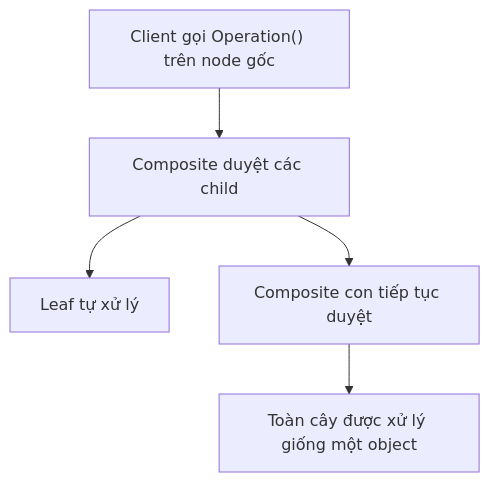
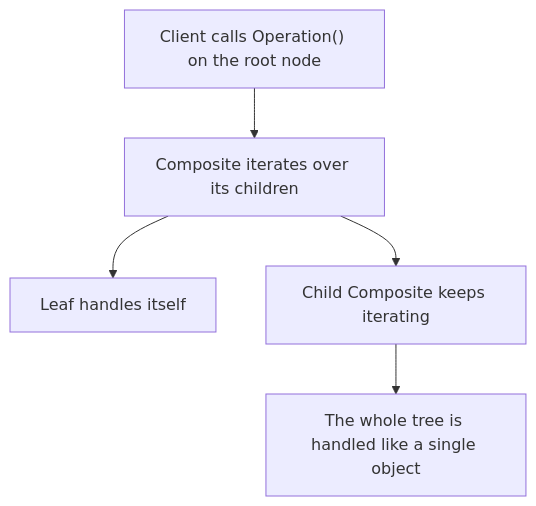
One commit to bugkodc/Road_Map_GameDev changed the second of 3 diagrams in Doc/en/02-Design-Patterns/02-Catalog/02-Structural/03-composite.md. Above: the diagram before and after it, drawn with Mermaid. The commit also changed other lines of this file and 38 other files, not shown here.

First line of the commit message:
Translate residual Vietnamese in English docs (diagrams, code, strings)

````diff
--- a/Doc/en/02-Design-Patterns/02-Catalog/02-Structural/03-composite.md
+++ b/Doc/en/02-Design-Patterns/02-Catalog/02-Structural/03-composite.md
@@ -52,7 +52,7 @@
 ```mermaid
 flowchart TD
-  A["Client gọi Operation() trên node gốc"] --> B["Composite duyệt các child"]
-  B --> C["Leaf tự xử lý"]
-  B --> D["Composite con tiếp tục duyệt"]
-  D --> E["Toàn cây được xử lý giống một object"]
+  A["Client calls Operation() on the root node"] --> B["Composite iterates over its children"]
+  B --> C["Leaf handles itself"]
+  B --> D["Child Composite keeps iterating"]
+  D --> E["The whole tree is handled like a single object"]
 ```
````
